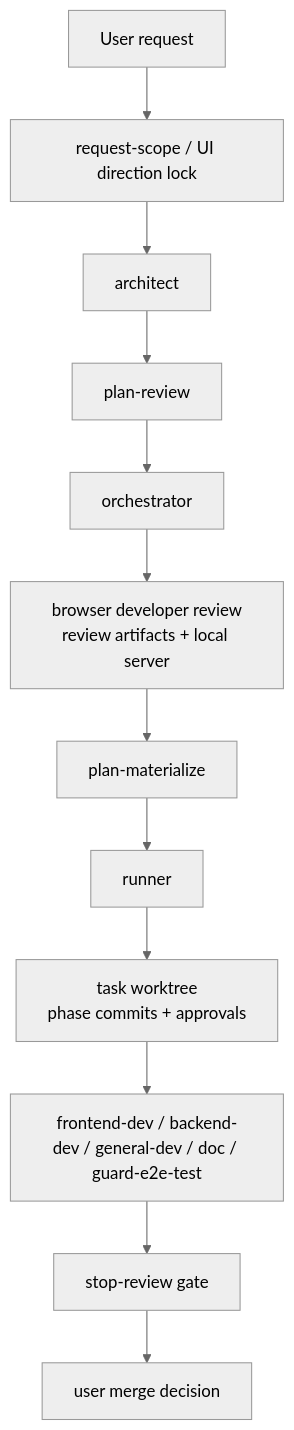
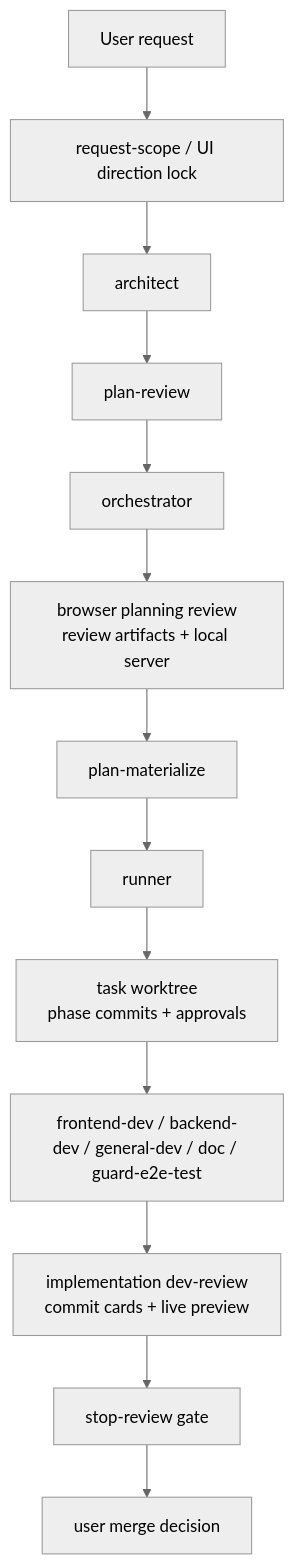
Before and after one commit to SeoJaeWan/try-claude-code: the tenth of 14 diagrams in docs/claude-code-workflow-evolution.md, drawn with Mermaid (neutral theme). The commit also changed other lines of this file and 1 other file, not shown here.

Commit message:
docs(dev-review): update workflow docs for live preview

````diff
--- a/docs/claude-code-workflow-evolution.md
+++ b/docs/claude-code-workflow-evolution.md
@@ -492,17 +496,18 @@
 ```mermaid
 flowchart TD
     U["User request"]
     LOCK["request-scope / UI direction lock"]
     ARCH["architect"]
     REVIEW["plan-review"]
     ORCH["orchestrator"]
-    DEVREV["browser developer review<br/>review artifacts + local server"]
+    PLANDEVREV["browser planning review<br/>review artifacts + local server"]
     MAT["plan-materialize"]
     RUN["runner"]
     WT["task worktree<br/>phase commits + approvals"]
     EXEC["frontend-dev / backend-dev / general-dev / doc / guard-e2e-test"]
+    IMPDEVREV["implementation dev-review<br/>commit cards + live preview"]
     STOP["stop-review gate"]
     MERGE["user merge decision"]
 
-    U --> LOCK --> ARCH --> REVIEW --> ORCH --> DEVREV --> MAT --> RUN --> WT --> EXEC --> STOP --> MERGE
+    U --> LOCK --> ARCH --> REVIEW --> ORCH --> PLANDEVREV --> MAT --> RUN --> WT --> EXEC --> IMPDEVREV --> STOP --> MERGE
 ```
````
